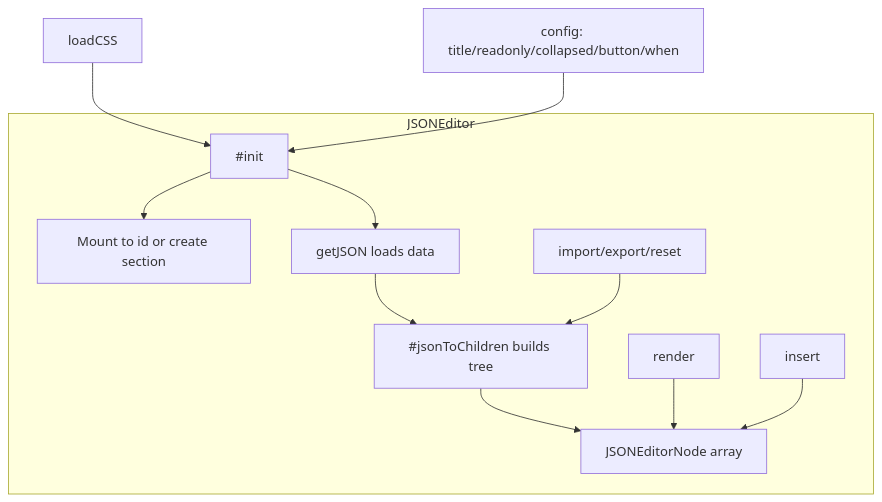
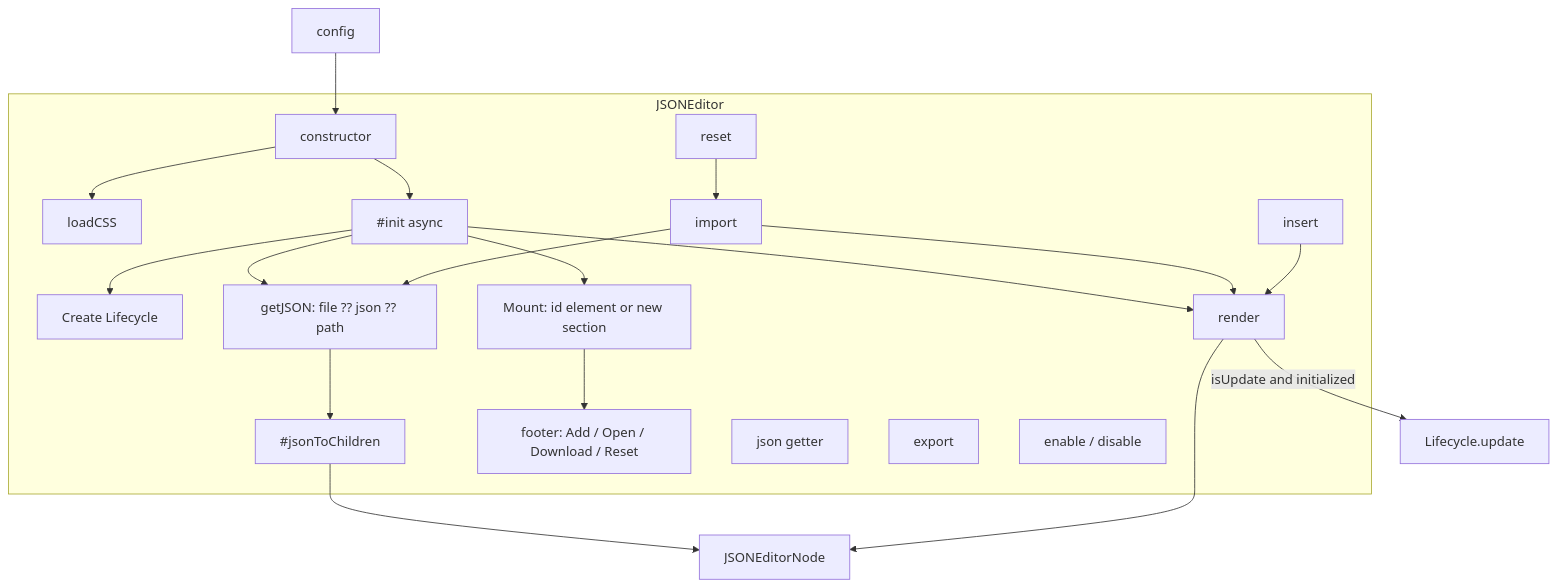
The second of 9 diagrams in doc/architecture.md (pardnchiu/NanoJSON), drawn with Mermaid before and after one commit. The commit also changed other lines of this file and 8 other files, not shown here.

Commit message:
doc: Regenerate bilingual README, docs, and architecture per latest skill spec

````diff
--- a/doc/architecture.md
+++ b/doc/architecture.md
@@ -21,14 +25,24 @@
 ```mermaid
 graph TB
     subgraph JSONEditor
-        Init[#init] --> Mount[Mount to id or create section]
-        Init --> LoadJSON[getJSON loads data]
-        LoadJSON --> ToChildren[#jsonToChildren builds tree]
-        ToChildren --> Nodes[JSONEditorNode array]
-        Render[render] --> Nodes
-        Import[import/export/reset] --> ToChildren
-        Insert[insert] --> Nodes
+        CTOR[constructor] --> CSS[loadCSS]
+        CTOR --> INIT[#init async]
+        INIT --> LC[Create Lifecycle]
+        INIT --> LOAD[getJSON: file ?? json ?? path]
+        LOAD --> J2C[#jsonToChildren]
+        INIT --> MOUNT[Mount: id element or new section]
+        MOUNT --> FOOT[footer: Add / Open / Download / Reset]
+        INIT --> RENDER[render]
+        IMPORT[import] --> LOAD
+        IMPORT --> RENDER
+        RESET[reset] --> IMPORT
+        INSERT[insert] --> RENDER
+        JSON[json getter]
+        EXPORT[export]
+        RO[enable / disable]
     end
-    CSS[loadCSS] --> Init
-    Config[config: title/readonly/collapsed/button/when] --> Init
+    Config[config] --> CTOR
+    J2C --> Node[JSONEditorNode]
+    RENDER --> Node
+    RENDER -->|isUpdate and initialized| Life[Lifecycle.update]
 ```
````
